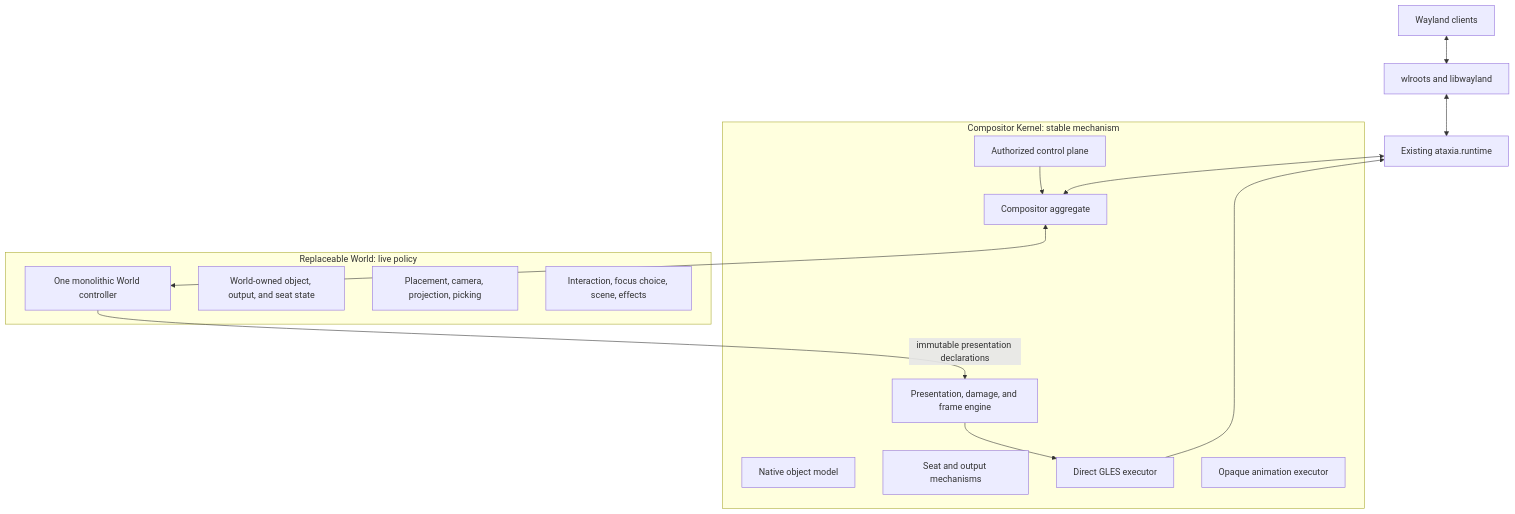
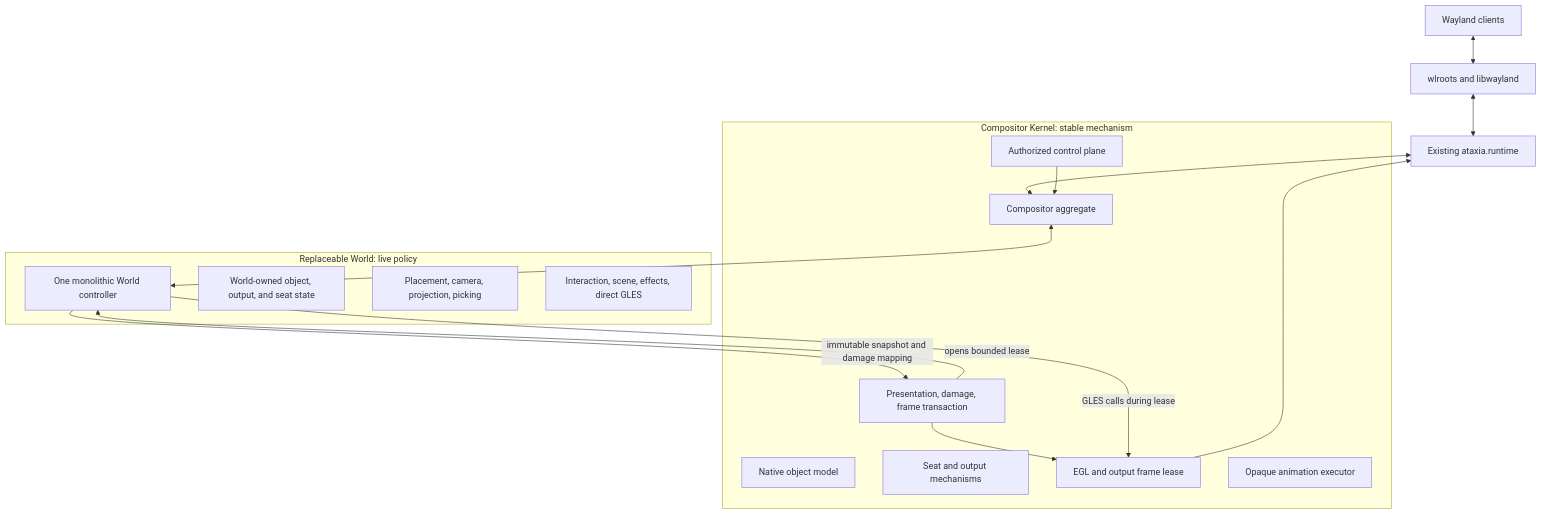
The first of 2 diagrams in docs/POST-RUNTIME-REDESIGN-PLAN.md (SeungheonOh/ataxia), drawn with Mermaid before and after one commit. The commit also changed other lines of this file, not shown here.

Commit message:
docs: let worlds render through frame leases

````diff
--- a/docs/POST-RUNTIME-REDESIGN-PLAN.md
+++ b/docs/POST-RUNTIME-REDESIGN-PLAN.md
@@ -80,29 +87,31 @@
 ```mermaid
 flowchart TD
     CLIENT[Wayland clients] <--> WLR[wlroots and libwayland]
     WLR <--> RT[Existing ataxia.runtime]
 
     subgraph K[Compositor Kernel: stable mechanism]
       ROOT[Compositor aggregate]
       MODEL[Native object model]
       IO[Seat and output mechanisms]
-      FRAME[Presentation, damage, and frame engine]
-      GLES[Direct GLES executor]
+      FRAME[Presentation, damage, frame transaction]
+      LEASE[EGL and output frame lease]
       CLOCK[Opaque animation executor]
       CONTROL[Authorized control plane]
     end
 
     subgraph W[Replaceable World: live policy]
       WORLD[One monolithic World controller]
       META[World-owned object, output, and seat state]
       SPACE[Placement, camera, projection, picking]
-      POLICY[Interaction, focus choice, scene, effects]
+      POLICY[Interaction, scene, effects, direct GLES]
     end
 
     RT <--> ROOT
     ROOT <--> WORLD
-    WORLD -->|immutable presentation declarations| FRAME
-    FRAME --> GLES
-    GLES --> RT
+    WORLD -->|immutable snapshot and damage mapping| FRAME
+    FRAME -->|opens bounded lease| WORLD
+    FRAME --> LEASE
+    WORLD -->|GLES calls during lease| LEASE
+    LEASE --> RT
     CONTROL --> ROOT
 ```
````
